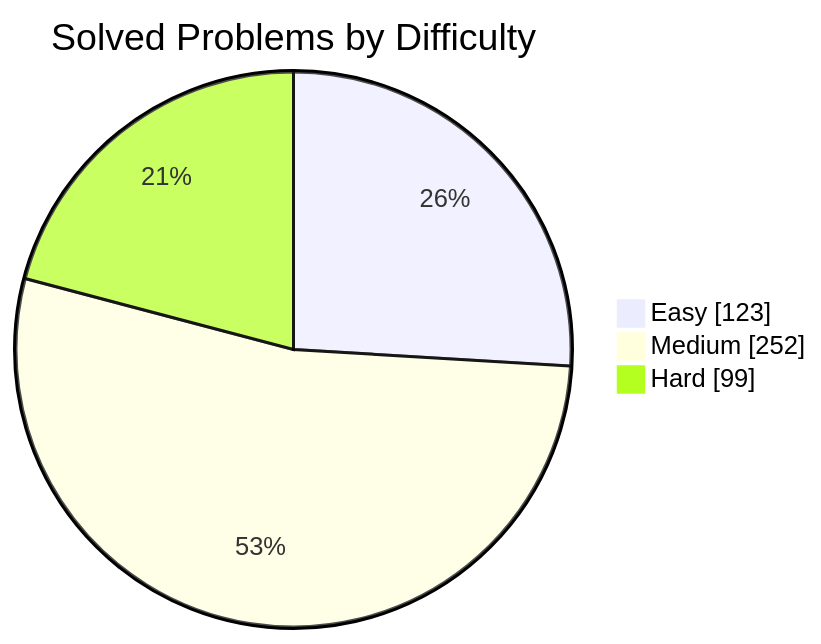
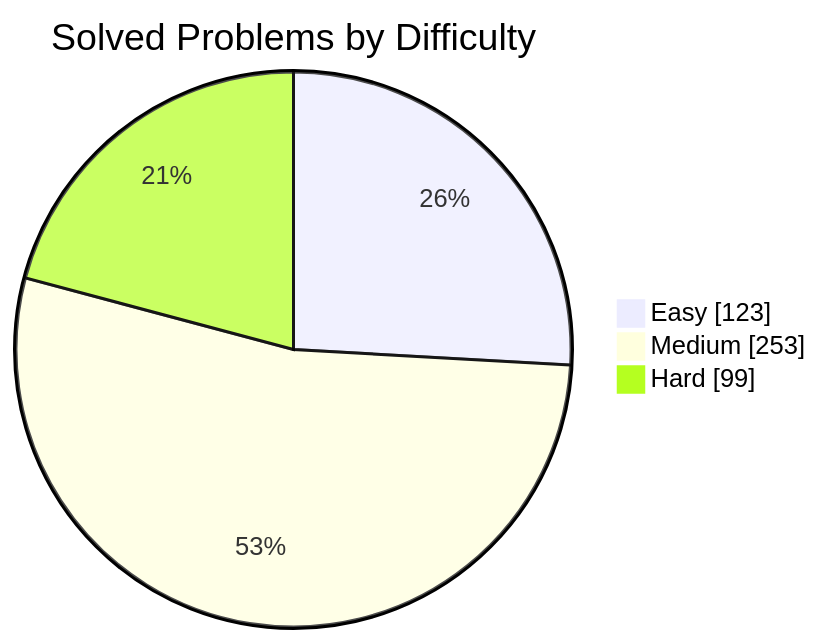
Before and after one commit to manikantbindass/DSA-Preparation-FAANG: the first of 2 diagrams in README.md, drawn with Mermaid. The commit also changed other lines of this file and 1 other file, not shown here.

````diff
--- a/README.md
+++ b/README.md
@@ -77,7 +77,7 @@
 ```mermaid
 pie showData
     title Solved Problems by Difficulty
     "Easy" : 123
-    "Medium" : 252
+    "Medium" : 253
     "Hard" : 99
 ```
````
